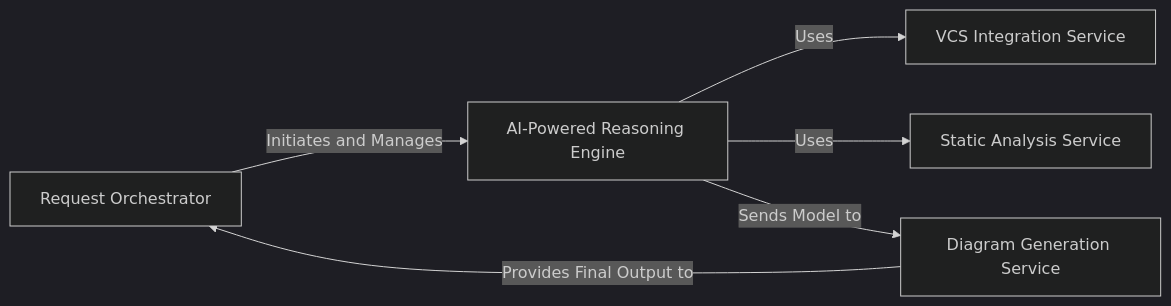
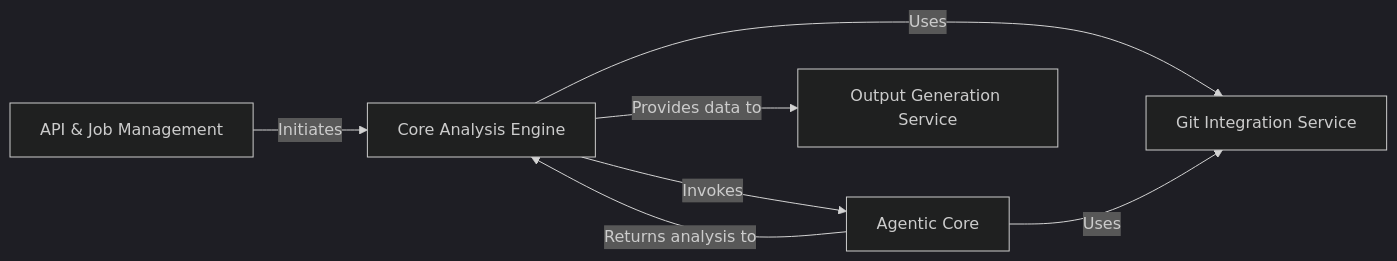
The diagram in CodeBoarding/on_boarding.md (CodeBoarding/GeneratedOnBoardings), drawn with Mermaid (dark theme) before and after one commit. The commit also changed other lines of this file and 6 other files, not shown here.

Commit message:
Uploading onboarding materials for CodeBoarding

````diff
--- a/CodeBoarding/on_boarding.md
+++ b/CodeBoarding/on_boarding.md
@@ -1,15 +1,18 @@
 ```mermaid
 graph LR
-    Request_Orchestrator["Request Orchestrator"]
-    VCS_Integration_Service["VCS Integration Service"]
-    Static_Analysis_Service["Static Analysis Service"]
-    AI_Powered_Reasoning_Engine["AI-Powered Reasoning Engine"]
-    Diagram_Generation_Service["Diagram Generation Service"]
-    Request_Orchestrator -- "Initiates and Manages" --> AI_Powered_Reasoning_Engine
-    AI_Powered_Reasoning_Engine -- "Uses" --> VCS_Integration_Service
-    AI_Powered_Reasoning_Engine -- "Uses" --> Static_Analysis_Service
-    AI_Powered_Reasoning_Engine -- "Sends Model to" --> Diagram_Generation_Service
-    Diagram_Generation_Service -- "Provides Final Output to" --> Request_Orchestrator
-    click Request_Orchestrator href "https://github.com/CodeBoarding/GeneratedOnBoardings/blob/main/CodeBoarding/Request_Orchestrator.md" "Details"
-    click AI_Powered_Reasoning_Engine href "https://github.com/CodeBoarding/GeneratedOnBoardings/blob/main/CodeBoarding/AI_Powered_Reasoning_Engine.md" "Details"
+    API_Job_Management["API & Job Management"]
+    Core_Analysis_Engine["Core Analysis Engine"]
+    Git_Integration_Service["Git Integration Service"]
+    Agentic_Core["Agentic Core"]
+    Output_Generation_Service["Output Generation Service"]
+    API_Job_Management -- "Initiates" --> Core_Analysis_Engine
+    Core_Analysis_Engine -- "Uses" --> Git_Integration_Service
+    Core_Analysis_Engine -- "Invokes" --> Agentic_Core
+    Core_Analysis_Engine -- "Provides data to" --> Output_Generation_Service
+    Agentic_Core -- "Returns analysis to" --> Core_Analysis_Engine
+    Agentic_Core -- "Uses" --> Git_Integration_Service
+    click API_Job_Management href "https://github.com/CodeBoarding/GeneratedOnBoardings/blob/main/CodeBoarding/API_Job_Management.md" "Details"
+    click Core_Analysis_Engine href "https://github.com/CodeBoarding/GeneratedOnBoardings/blob/main/CodeBoarding/Core_Analysis_Engine.md" "Details"
+    click Agentic_Core href "https://github.com/CodeBoarding/GeneratedOnBoardings/blob/main/CodeBoarding/Agentic_Core.md" "Details"
+    click Output_Generation_Service href "https://github.com/CodeBoarding/GeneratedOnBoardings/blob/main/CodeBoarding/Output_Generation_Service.md" "Details"
 ```
````
